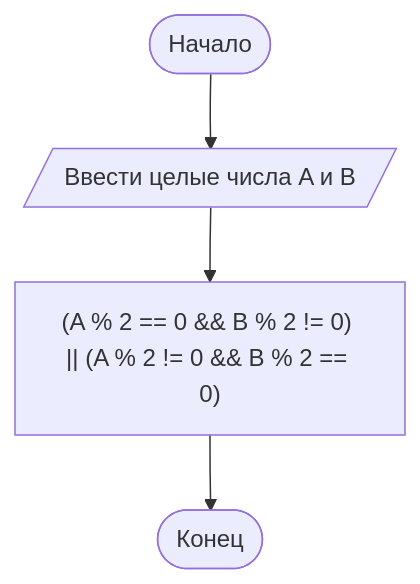
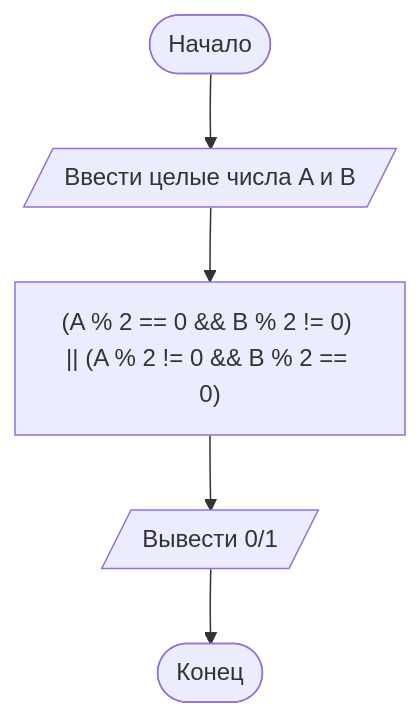
The diagram in README.md (Lendic42/lava4), drawn with Mermaid before and after one commit.

````diff
--- a/README.md
+++ b/README.md
@@ -22,7 +22,8 @@
 ```mermaid
 flowchart TD
     A([Начало]) --> B[/Ввести целые числа A и B/]
     B --> D["(A % 2 == 0 && B % 2 != 0) || (A % 2 != 0 && B % 2 == 0)"]
-    D --> F([Конец])
+    D --> E[/"Вывести 0/1"/]
+    E --> F([Конец])
     
 ```
````
